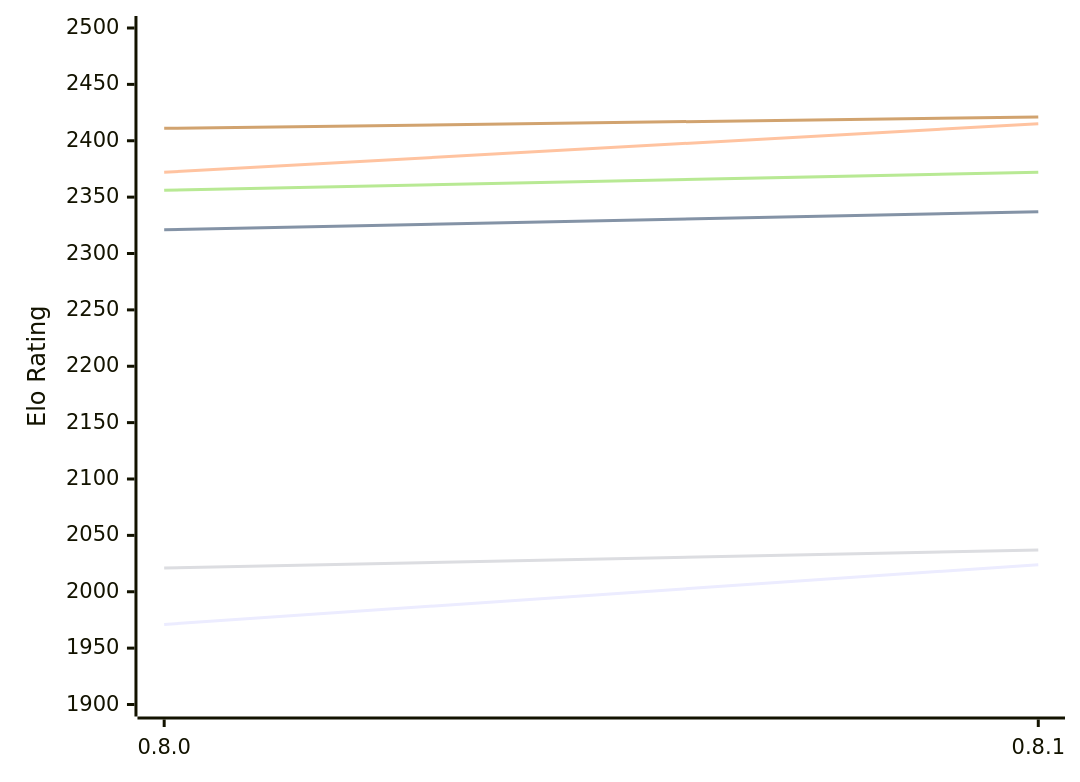
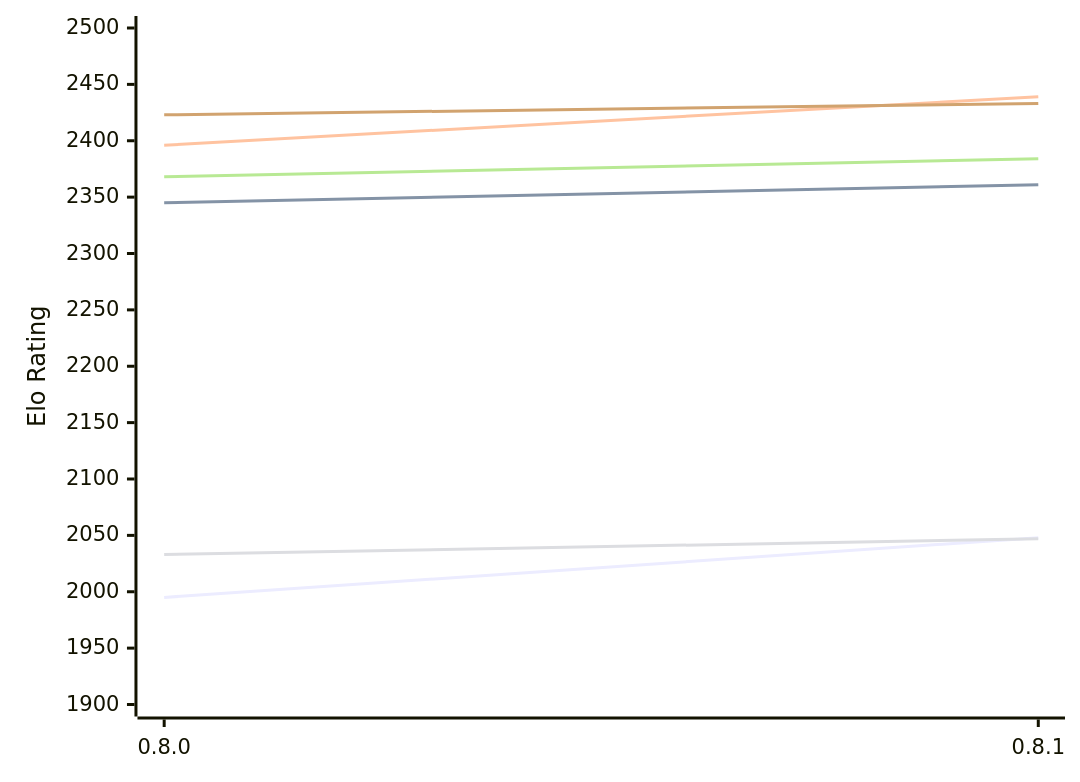
One commit to computer-chess-index/cci changed the diagram in engines/LittleWing.md. Above: the diagram before and after it, drawn with Mermaid. The commit also changed other lines of this file, not shown here.

Commit message:
Update CCI Ratings (ELO VLTC) - 2026-10-24

````diff
--- a/engines/LittleWing.md
+++ b/engines/LittleWing.md
@@ -49,12 +49,12 @@
 ```mermaid
 %%{init: {"theme":"base","themeVariables":{"seriesColors:['#a3a3a3','#222221','#faa371']}}}%%
 xychart-beta
   x-axis ["0.8.0", "0.8.1"]
   y-axis "Elo Rating" 1900 --> 2500
-  line "E1: STC (8.0+0.08s)" [1971, 2024]
-  line "E1: LTC (60.0+0.60s)" [2321, 2337]
-  line "E1: VLTC (2m24s+1.12s)" [2372, 2415]
-  line "P1: STC (8.0+0.08s)" [2021, 2037]
-  line "P1: LTC (60.0+0.60s)" [2356, 2372]
-  line "P1: VLTC (2m24s+1.12s)" [2411, 2421]
+  line "E1: STC (8.0+0.08s)" [1995, 2048]
+  line "E1: LTC (60.0+0.60s)" [2345, 2361]
+  line "E1: VLTC (2m24s+1.12s)" [2396, 2439]
+  line "P1: STC (8.0+0.08s)" [2033, 2047]
+  line "P1: LTC (60.0+0.60s)" [2368, 2384]
+  line "P1: VLTC (2m24s+1.12s)" [2423, 2433]
 ```
````
